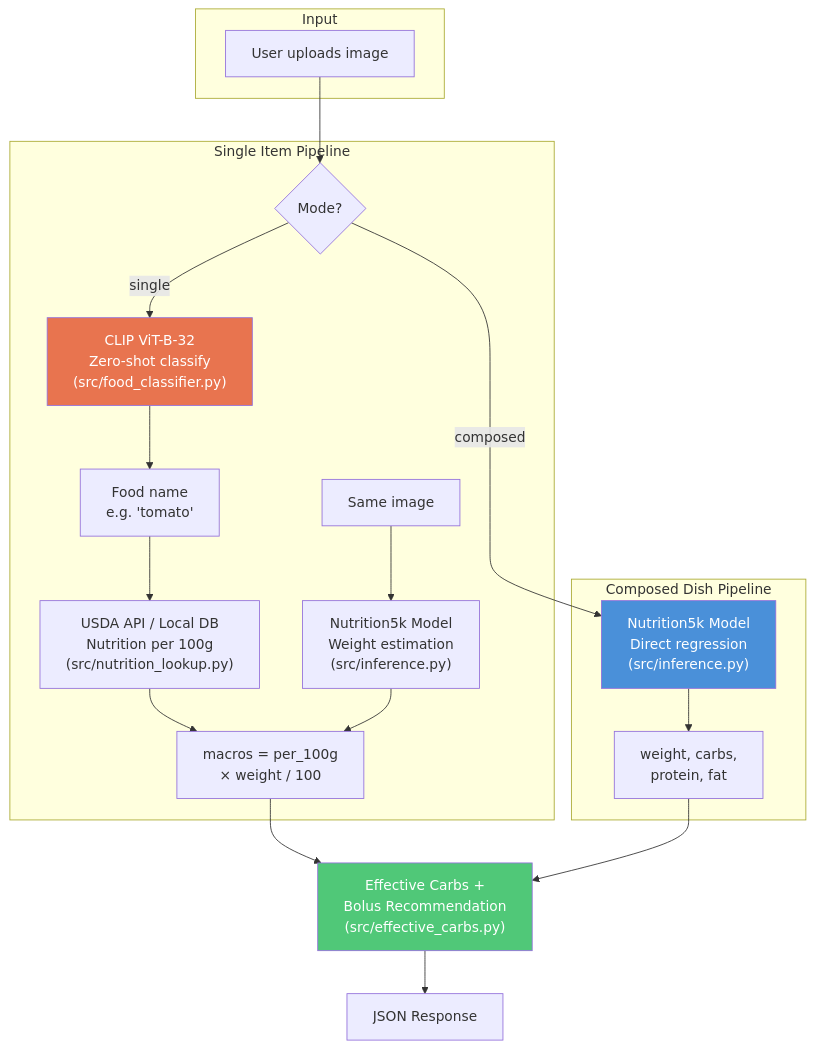
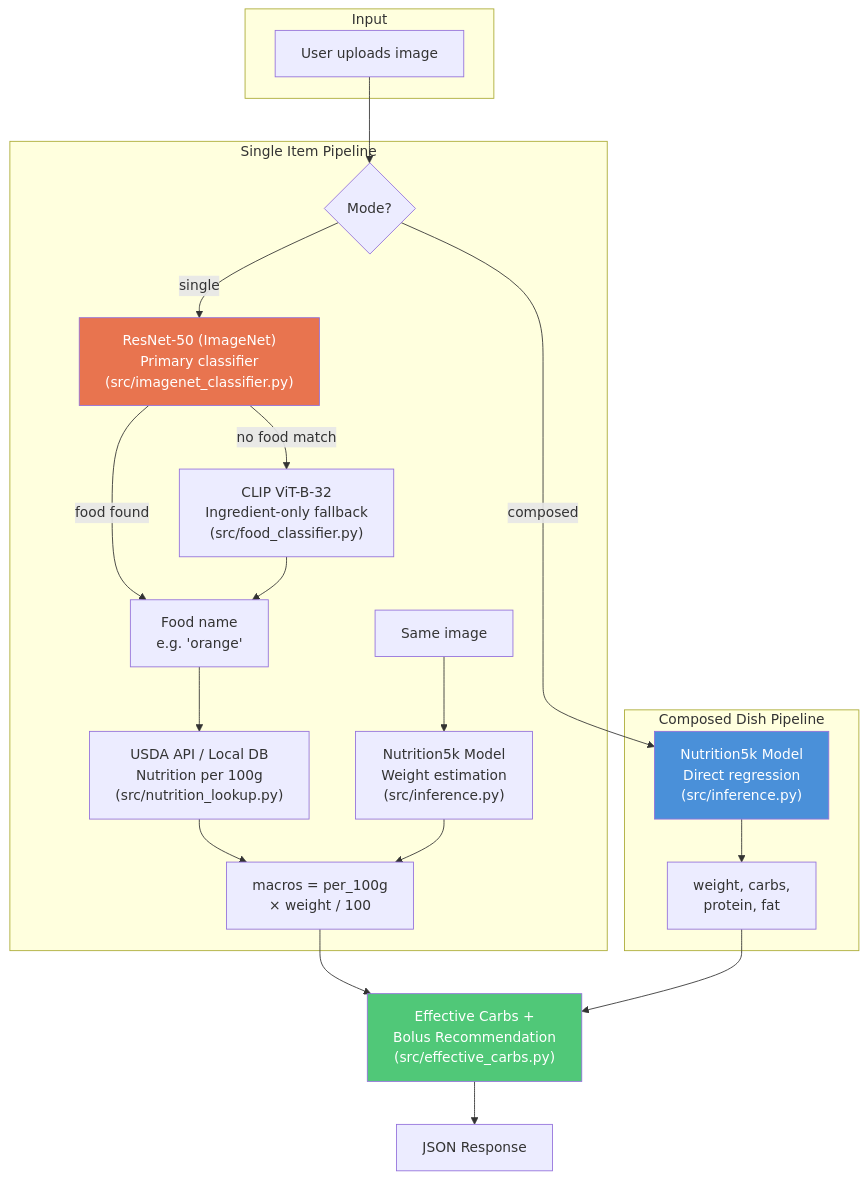
Before and after one commit to alienspirit7/L41_HomeWork: the second of 4 diagrams in README.md, drawn with Mermaid. The commit also changed other lines of this file and 1 other file, not shown here.

Commit message:
Introduce ResNet-50 as primary food classifier with CLIP ingredient fallback and update version to v1.0.6.

````diff
--- a/README.md
+++ b/README.md
@@ -205,30 +213,32 @@
 ```mermaid
 graph TD
     subgraph Input
         A["User uploads image"]
     end
 
     A --> B{"Mode?"}
 
     subgraph SinglePipeline ["Single Item Pipeline"]
-        B -->|single| C["CLIP ViT-B-32<br/>Zero-shot classify<br/>(src/food_classifier.py)"]
-        C --> D["Food name<br/>e.g. 'tomato'"]
+        B -->|single| C["ResNet-50 (ImageNet)<br/>Primary classifier<br/>(src/imagenet_classifier.py)"]
+        C -->|no food match| C2["CLIP ViT-B-32<br/>Ingredient-only fallback<br/>(src/food_classifier.py)"]
+        C -->|food found| D["Food name<br/>e.g. 'orange'"]
+        C2 --> D
         D --> E["USDA API / Local DB<br/>Nutrition per 100g<br/>(src/nutrition_lookup.py)"]
         A2["Same image"] --> F["Nutrition5k Model<br/>Weight estimation<br/>(src/inference.py)"]
         E --> G["macros = per_100g<br/>× weight / 100"]
         F --> G
     end
 
     subgraph ComposedPipeline ["Composed Dish Pipeline"]
         B -->|composed| H["Nutrition5k Model<br/>Direct regression<br/>(src/inference.py)"]
         H --> I["weight, carbs,<br/>protein, fat"]
     end
 
     G --> J["Effective Carbs +<br/>Bolus Recommendation<br/>(src/effective_carbs.py)"]
     I --> J
     J --> K["JSON Response"]
 
     style C fill:#E8744F,color:white
     style H fill:#4A90D9,color:white
     style J fill:#50C878,color:white
 ```
````
